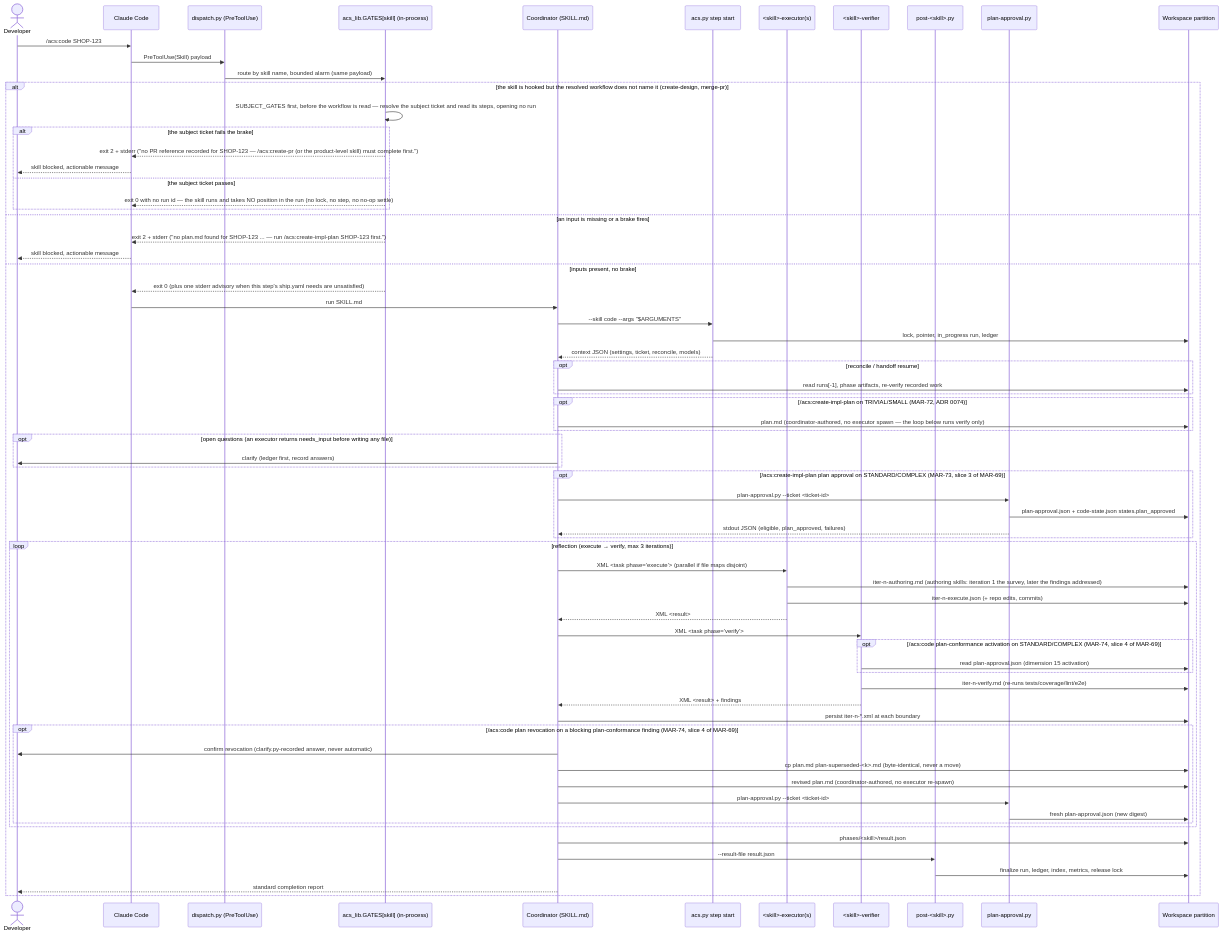
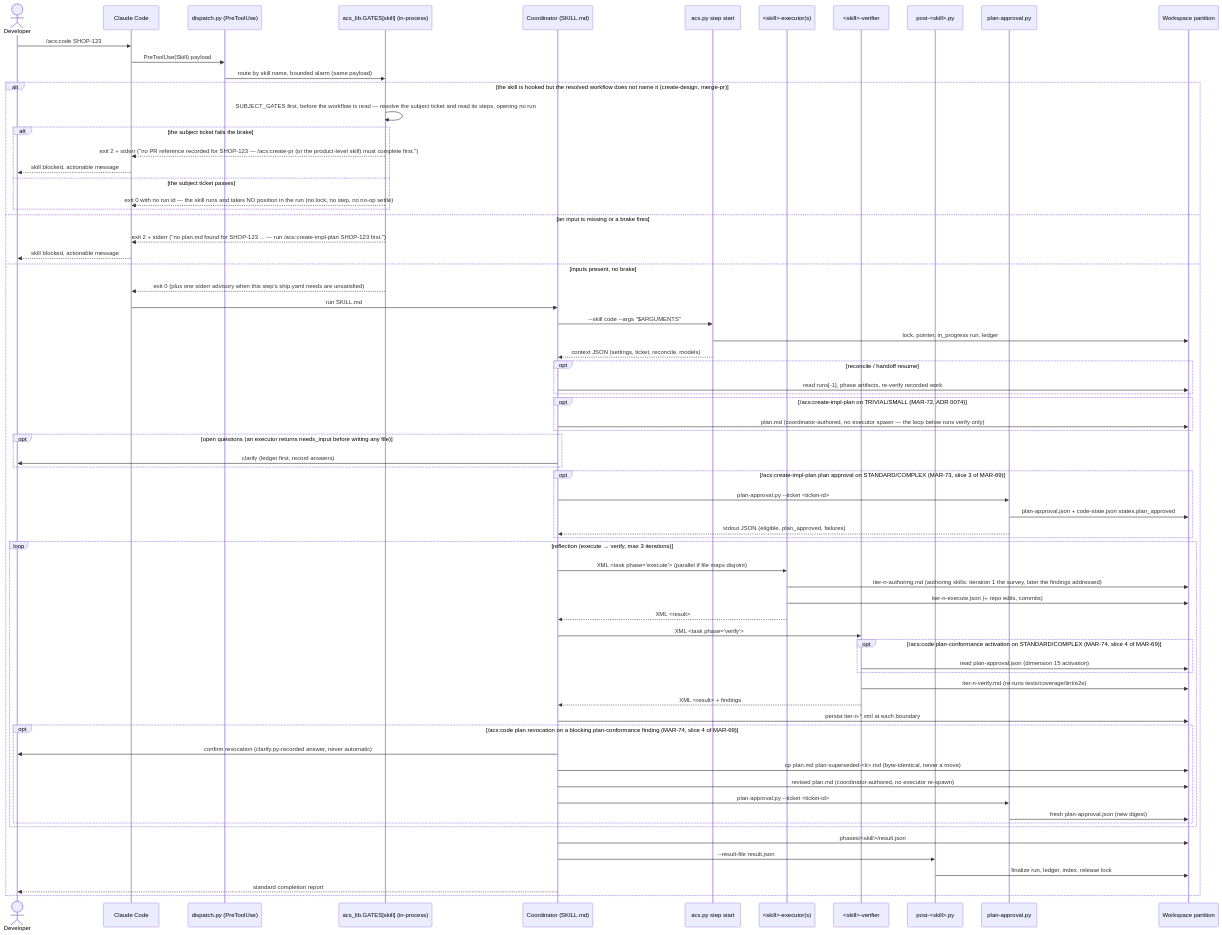
The diagram in docs/architecture/lld/flows/hook-gated-skill-run.md (globalmindsolution/gms-marketplace), drawn with Mermaid before and after one commit. The commit also changed other lines of this file and 1036 other files, not shown here.

````diff
--- a/docs/architecture/lld/flows/hook-gated-skill-run.md
+++ b/docs/architecture/lld/flows/hook-gated-skill-run.md
@@ -56,74 +56,74 @@
 ```mermaid
 sequenceDiagram
     actor Dev as Developer
     participant CC as Claude Code
     participant D as dispatch.py (PreToolUse)
     participant PRE as acs_lib.GATES[skill] (in-process)
     participant CO as Coordinator (SKILL.md)
     participant SS as acs.py step start
     participant EX as <skill>-executor(s)
     participant VF as <skill>-verifier
     participant POST as post-<skill>.py
     participant PA as plan-approval.py
     participant WS as Workspace partition
 
     Dev->>CC: /acs:code SHOP-123
     CC->>D: PreToolUse(Skill) payload
     D->>PRE: route by skill name, bounded alarm (same payload)
     alt the skill is hooked but the resolved workflow does not name it (create-design, merge-pr)
         PRE->>PRE: SUBJECT_GATES first, before the workflow is read — resolve the subject ticket and read its steps, opening no run
         alt the subject ticket fails the brake
             PRE-->>CC: exit 2 + stderr ("no PR reference recorded for SHOP-123 — /acs:create-pr (or the product-level skill) must complete first.")
             CC-->>Dev: skill blocked, actionable message
         else the subject ticket passes
             PRE-->>CC: exit 0 with no run id — the skill runs and takes NO position in the run (no lock, no step, no no-op settle)
         end
     else an input is missing or a brake fires
         PRE-->>CC: exit 2 + stderr ("no plan.md found for SHOP-123 ... — run /acs:create-impl-plan SHOP-123 first.")
         CC-->>Dev: skill blocked, actionable message
     else inputs present, no brake
         PRE-->>CC: exit 0 (plus one stderr advisory when this step's ship.yaml needs are unsatisfied)
         CC->>CO: run SKILL.md
         CO->>SS: --skill code --args "$ARGUMENTS"
         SS->>WS: lock, pointer, in_progress run, ledger
         SS-->>CO: context JSON (settings, ticket, reconcile, models)
         opt reconcile / handoff resume
             CO->>WS: read runs[-1], phase artifacts, re-verify recorded work
         end
         opt /acs:create-impl-plan on TRIVIAL/SMALL (MAR-72, ADR 0074)
             CO->>WS: plan.md (coordinator-authored, no executor spawn — the loop below runs verify only)
         end
         opt open questions (an executor returns needs_input before writing any file)
             CO->>Dev: clarify (ledger first, record answers)
         end
         opt /acs:create-impl-plan plan approval on STANDARD/COMPLEX (MAR-73, slice 3 of MAR-69)
             CO->>PA: plan-approval.py --ticket <ticket-id>
             PA->>WS: plan-approval.json + code-state.json states.plan_approved
             PA-->>CO: stdout JSON (eligible, plan_approved, failures)
         end
         loop reflection (execute → verify, max 3 iterations)
             CO->>EX: XML <task phase="execute"> (parallel if file maps disjoint)
             EX->>WS: iter-n-authoring.md (authoring skills: iteration 1 the survey, later the findings addressed)
             EX->>WS: iter-n-execute.json (+ repo edits, commits)
             EX-->>CO: XML <result>
             CO->>VF: XML <task phase="verify">
             opt /acs:code plan-conformance activation on STANDARD/COMPLEX (MAR-74, slice 4 of MAR-69)
                 VF->>WS: read plan-approval.json (dimension 15 activation)
             end
             VF->>WS: iter-n-verify.md (re-runs tests/coverage/lint/e2e)
             VF-->>CO: XML <result> + findings
             CO->>WS: persist iter-n-*.xml at each boundary
             opt /acs:code plan revocation on a blocking plan-conformance finding (MAR-74, slice 4 of MAR-69)
                 CO->>Dev: confirm revocation (clarify.py-recorded answer, never automatic)
                 CO->>WS: cp plan.md plan-superseded-<k>.md (byte-identical, never a move)
                 CO->>WS: revised plan.md (coordinator-authored, no executor re-spawn)
                 CO->>PA: plan-approval.py --ticket <ticket-id>
                 PA->>WS: fresh plan-approval.json (new digest)
             end
         end
         CO->>WS: phases/<skill>/result.json
         CO->>POST: --result-file result.json
-        POST->>WS: finalize run, ledger, index, metrics, release lock
+        POST->>WS: finalize run, ledger, index, release lock
         CO-->>Dev: standard completion report
     end
 ```
````
